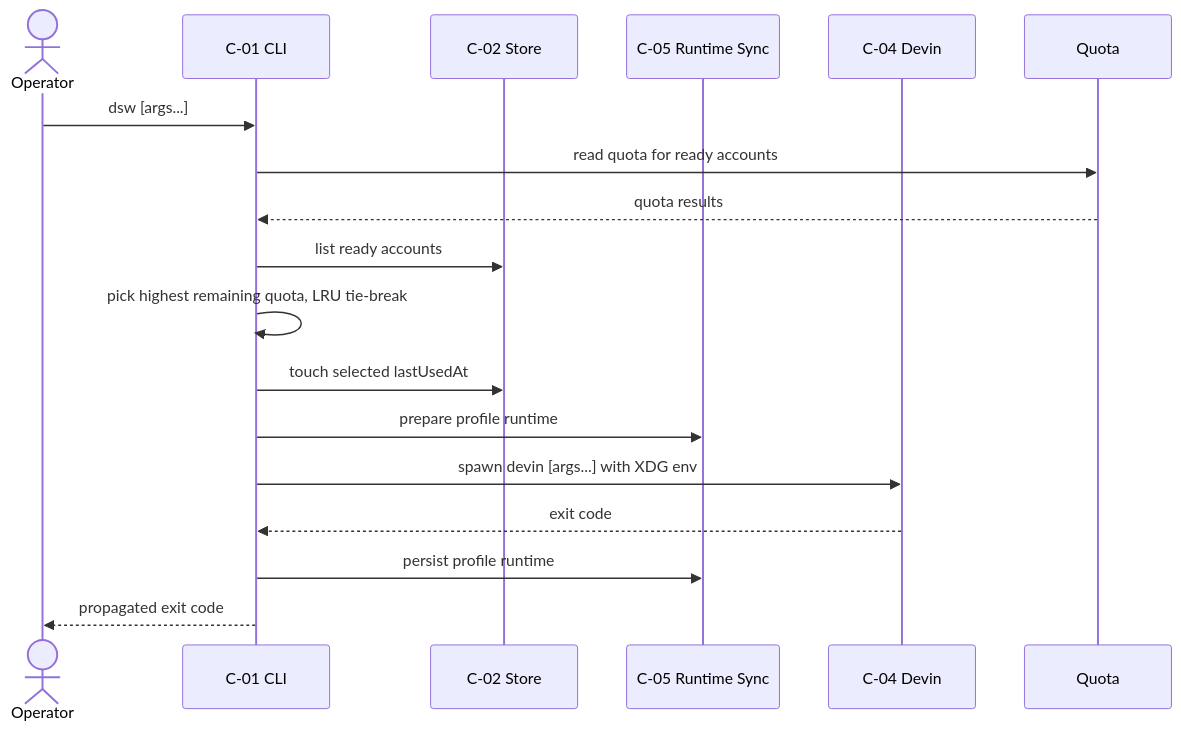
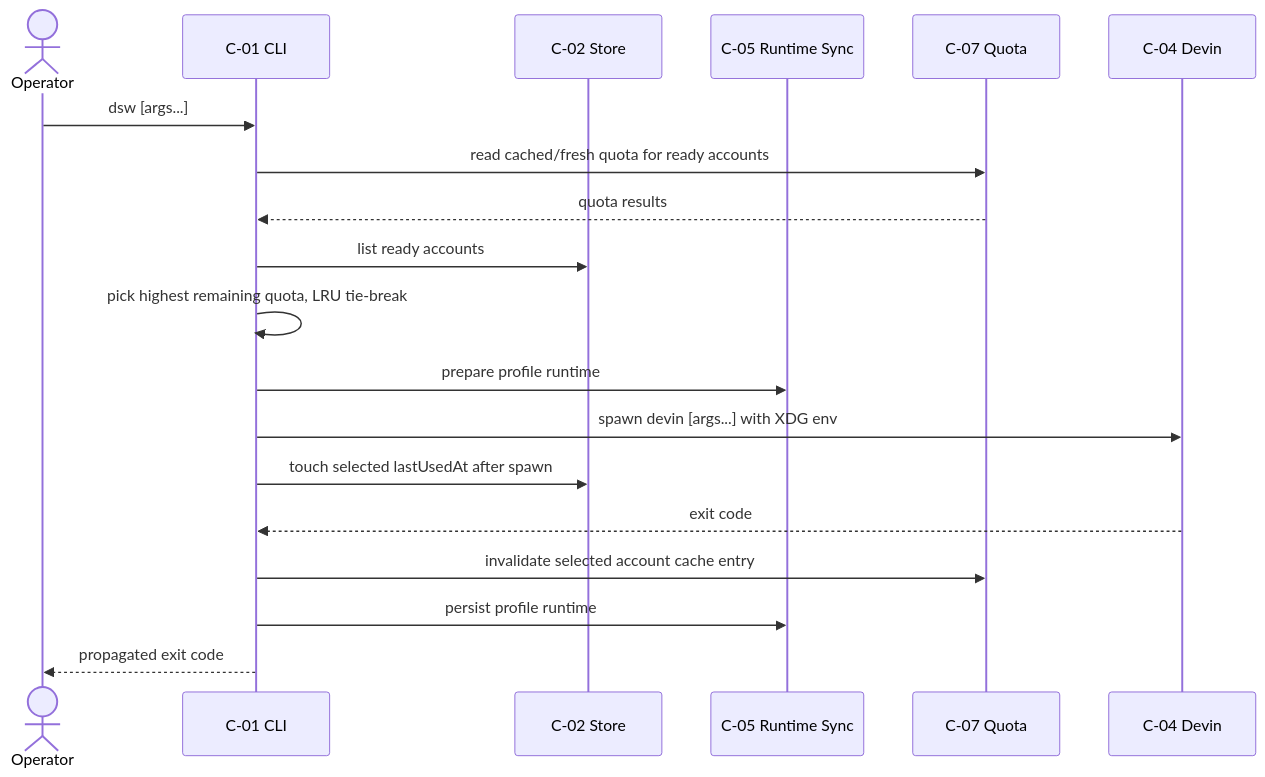
Before and after one commit to itsddvn/dws: the fourth of 6 diagrams in docs/ARCHITECTURE.md, drawn with Mermaid. The commit also changed other lines of this file and 9 other files, not shown here.

````diff
--- a/docs/ARCHITECTURE.md
+++ b/docs/ARCHITECTURE.md
@@ -193,19 +193,21 @@
 ```mermaid
 sequenceDiagram
     actor Operator
     participant CLI as C-01 CLI
     participant Store as C-02 Store
     participant Runtime as C-05 Runtime Sync
+    participant Quota as C-07 Quota
     participant Devin as C-04 Devin
     Operator->>CLI: dsw [args...]
-    CLI->>Quota: read quota for ready accounts
+    CLI->>Quota: read cached/fresh quota for ready accounts
     Quota-->>CLI: quota results
     CLI->>Store: list ready accounts
     CLI->>CLI: pick highest remaining quota, LRU tie-break
-    CLI->>Store: touch selected lastUsedAt
     CLI->>Runtime: prepare profile runtime
     CLI->>Devin: spawn devin [args...] with XDG env
+    CLI->>Store: touch selected lastUsedAt after spawn
     Devin-->>CLI: exit code
+    CLI->>Quota: invalidate selected account cache entry
     CLI->>Runtime: persist profile runtime
     CLI-->>Operator: propagated exit code
 ```
````
